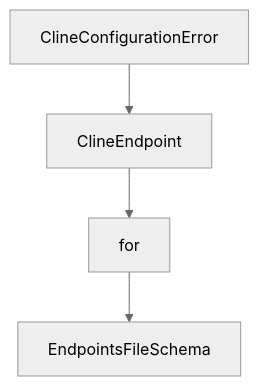
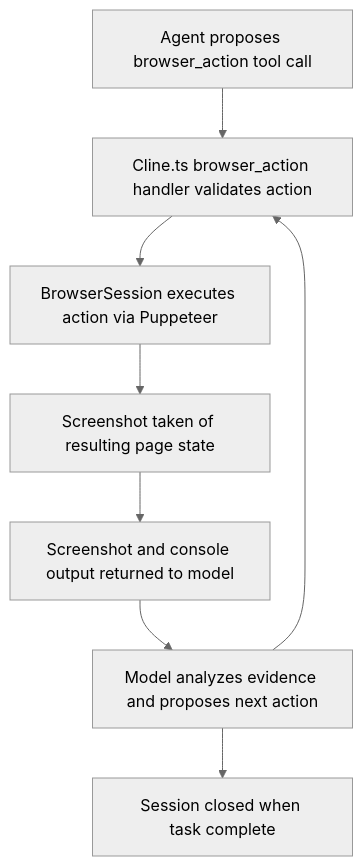
One commit to johnxie/awesome-code-docs changed the second of 2 diagrams in tutorials/cline-tutorial/05-browser-automation.md. Above: the diagram before and after it, drawn with Mermaid (neutral theme). The commit also changed other lines of this file and 1232 other files, not shown here.

````diff
--- a/tutorials/cline-tutorial/05-browser-automation.md
+++ b/tutorials/cline-tutorial/05-browser-automation.md
@@ -290,10 +140,17 @@
 ```mermaid
 flowchart TD
-    A[ClineConfigurationError]
-    B[ClineEndpoint]
-    C[for]
-    D[EndpointsFileSchema]
+    A[Agent proposes browser_action tool call]
+    B[Cline.ts browser_action handler validates action]
+    C[BrowserSession executes action via Puppeteer]
+    D[Screenshot taken of resulting page state]
+    E[Screenshot and console output returned to model]
+    F[Model analyzes evidence and proposes next action]
+    G[Session closed when task complete]
     A --> B
     B --> C
     C --> D
+    D --> E
+    E --> F
+    F --> B
+    F --> G
 ```
````
